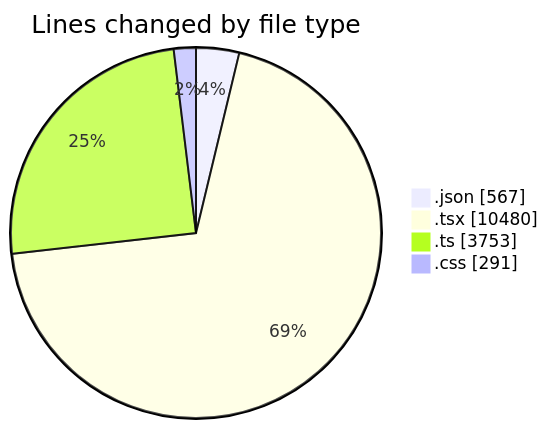
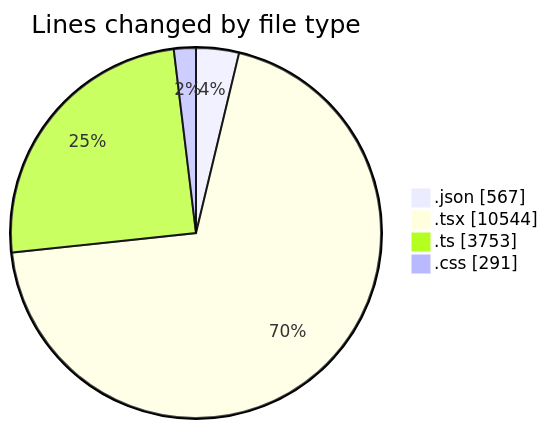
The first of 2 diagrams in 2025-10-07/eventscop-frontend-guide__workspace_/README.md (julien-gomy/code-tracking), drawn with Mermaid before and after one commit. The commit also changed other lines of this file and 1 other file, not shown here.

````diff
--- a/2025-10-07/eventscop-frontend-guide__workspace_/README.md
+++ b/2025-10-07/eventscop-frontend-guide__workspace_/README.md
@@ -94,8 +94,8 @@
 ```mermaid
 pie showData
 title Lines changed by file type
 ".json" : 567
-".tsx" : 10480
+".tsx" : 10544
 ".ts" : 3753
 ".css" : 291
 ```
````
